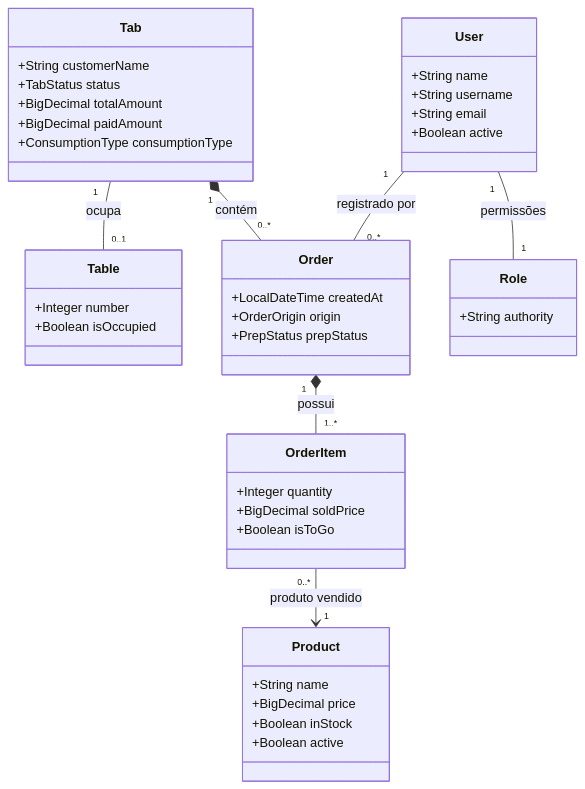
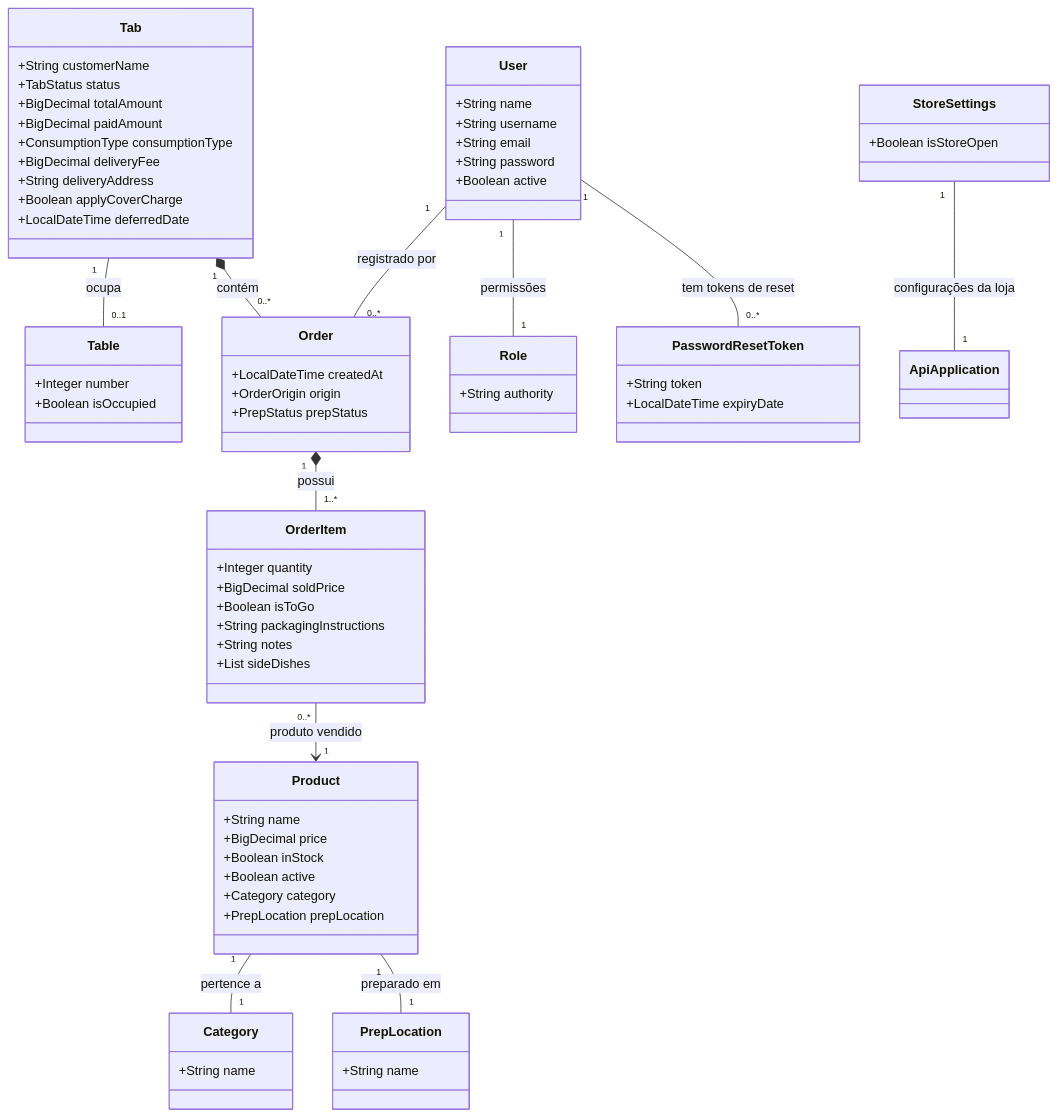
One commit to CK-24681/Syskewer changed the diagram in README.md. Above: the diagram before and after it, drawn with Mermaid. The commit also changed other lines of this file, not shown here.

````diff
--- a/README.md
+++ b/README.md
@@ -25,46 +65,73 @@
 ```mermaid
 classDiagram
     class Table {
         +Integer number
         +Boolean isOccupied
     }
     class Tab {
         +String customerName
         +TabStatus status
         +BigDecimal totalAmount
         +BigDecimal paidAmount
         +ConsumptionType consumptionType
+        +BigDecimal deliveryFee
+        +String deliveryAddress
+        +Boolean applyCoverCharge
+        +LocalDateTime deferredDate
     }
     class Order {
         +LocalDateTime createdAt
         +OrderOrigin origin
         +PrepStatus prepStatus
     }
     class OrderItem {
         +Integer quantity
         +BigDecimal soldPrice
         +Boolean isToGo
+        +String packagingInstructions
+        +String notes
+        +List<String> sideDishes
     }
     class Product {
         +String name
         +BigDecimal price
         +Boolean inStock
         +Boolean active
+        +Category category
+        +PrepLocation prepLocation
+    }
+    class Category {
+        +String name
+    }
+    class PrepLocation {
+        +String name
     }
     class User {
         +String name
         +String username
         +String email
+        +String password
         +Boolean active
     }
     class Role {
         +String authority
+    }
+    class PasswordResetToken {
+        +String token
+        +LocalDateTime expiryDate
+    }
+    class StoreSettings {
+        +Boolean isStoreOpen
     }
 
     Tab "1" -- "0..1" Table : ocupa
     Tab "1" *-- "0..*" Order : contém
     Order "1" *-- "1..*" OrderItem : possui
     OrderItem "0..*" --> "1" Product : produto vendido
     User "1" -- "0..*" Order : registrado por
     User "1" -- "1" Role : permissões
+    Product "1" -- "1" Category : pertence a
+    Product "1" -- "1" PrepLocation : preparado em
+    User "1" -- "0..*" PasswordResetToken : tem tokens de reset
+    StoreSettings "1" -- "1" ApiApplication : configurações da loja
 ```
````
